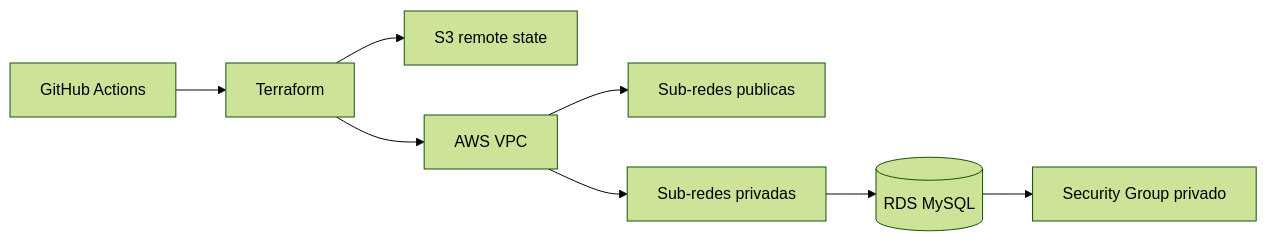
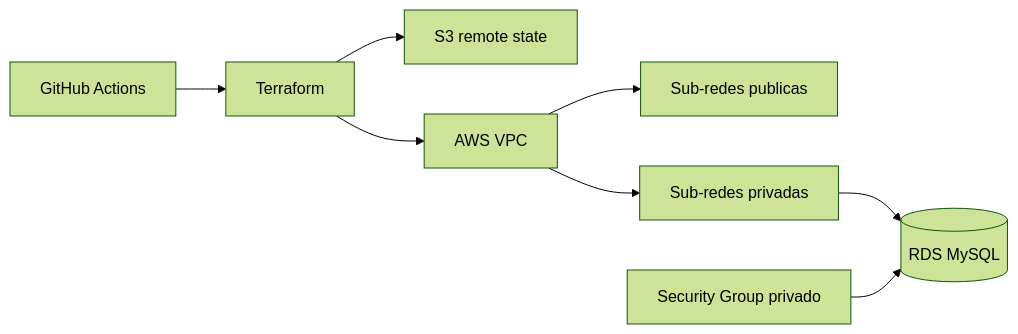
The diagram in README.md (kaziwon/oficina-mecanica-infra-banco), drawn with Mermaid (forest theme) before and after one commit. The commit also changed other lines of this file, not shown here.

````diff
--- a/README.md
+++ b/README.md
@@ -24,10 +27,10 @@
 ```mermaid
 flowchart LR
     Actions[GitHub Actions] --> Terraform[Terraform]
     Terraform --> State[S3 remote state]
     Terraform --> VPC[AWS VPC]
     VPC --> Public[Sub-redes publicas]
     VPC --> Private[Sub-redes privadas]
     Private --> RDS[(RDS MySQL)]
-    RDS --> SG[Security Group privado]
+    SG[Security Group privado] --> RDS
 ```
````
